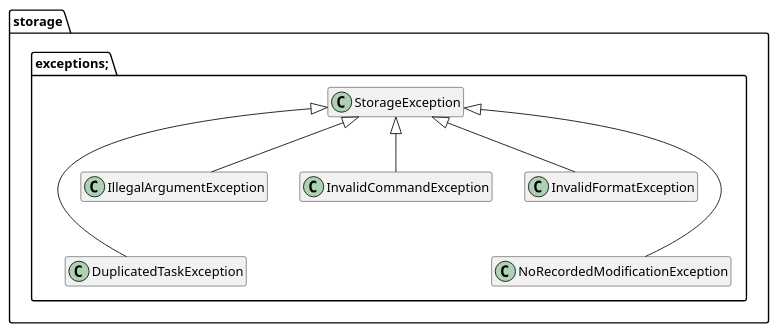
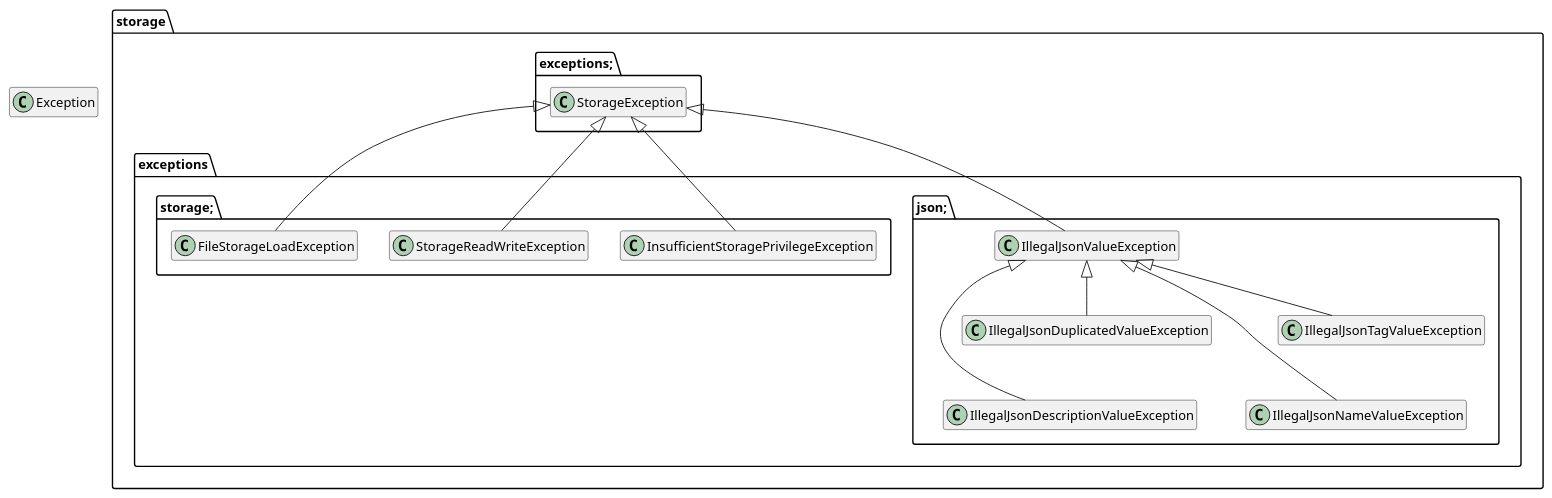
Before and after one commit to seantehds/tp: the diagram in docs/diagrams/exceptions/StorageExceptionDiagram.puml, drawn with PlantUML. The commit also changed 8 other files, not shown here.

```diff
--- a/docs/diagrams/exceptions/StorageExceptionDiagram.puml
+++ b/docs/diagrams/exceptions/StorageExceptionDiagram.puml
@@ -1,21 +1,37 @@
 @startuml
-package storage.exceptions;{
+class Exception
+hide members
+
+package storage.exceptions; {
     class StorageException
-    class DuplicatedTaskException
-    class IllegalArgumentException
-    class InvalidCommandException
-    class InvalidFormatException
-    class NoRecordedModificationException
-
-    DuplicatedTaskException -up-|> StorageException
-    IllegalArgumentException -up-|> StorageException
-    InvalidCommandException -up-|> StorageException
-    InvalidFormatException -up-|> StorageException
-    NoRecordedModificationException -up-|> StorageException
-
-    IllegalArgumentException -[hidden]down- DuplicatedTaskException
-    InvalidFormatException -[hidden]down- NoRecordedModificationException
 
     hide members
 }
-@end
+
+package storage.exceptions.json; {
+    class IllegalJsonDescriptionValueException
+    class IllegalJsonDuplicatedValueException
+    class IllegalJsonNameValueException
+    class IllegalJsonTagValueException
+    class IllegalJsonValueException
+
+    IllegalJsonDescriptionValueException -up-|> IllegalJsonValueException
+    IllegalJsonDuplicatedValueException -up-|> IllegalJsonValueException
+    IllegalJsonNameValueException -up-|> IllegalJsonValueException
+    IllegalJsonTagValueException -up-|> IllegalJsonValueException
+    IllegalJsonValueException -up-|> StorageException
+
+    IllegalJsonDuplicatedValueException -[hidden]down- IllegalJsonDescriptionValueException
+    IllegalJsonTagValueException -[hidden]down- IllegalJsonNameValueException
+
+    hide members
+}
+
+package storage.exceptions.storage; {
+    InsufficientStoragePrivilegeException -up-|> StorageException
+    StorageReadWriteException -up-|> StorageException
+    FileStorageLoadException -up-|> StorageException
+
+    hide members
+}
+@enduml
```
